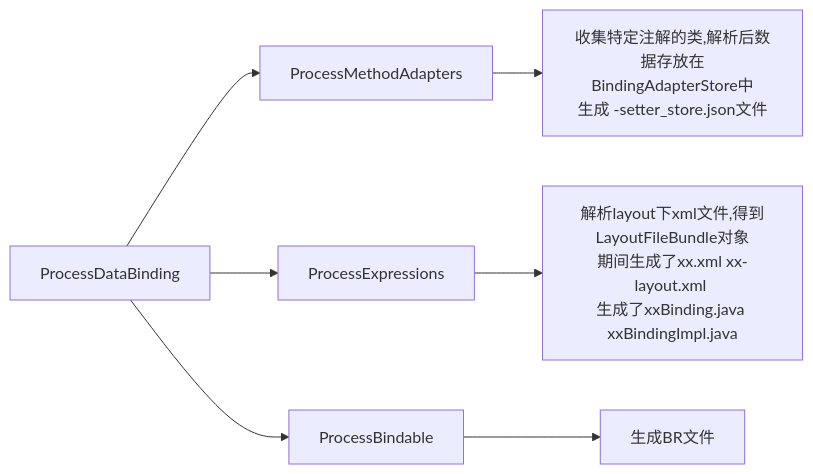
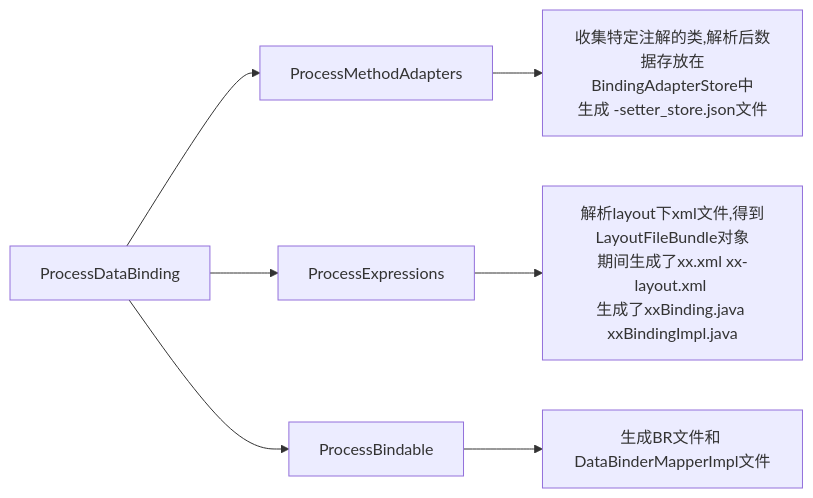
One commit to leo-wxy/leo-wxy.github.io changed the first of 2 diagrams in source/_posts/Android-DataBinding-GradlePlugin分析.md. Above: the diagram before and after it, drawn with Mermaid. The commit also changed other lines of this file, not shown here.

````diff
--- a/source/_posts/Android-DataBinding-GradlePlugin分析.md
+++ b/source/_posts/Android-DataBinding-GradlePlugin分析.md
@@ -377,9 +458,9 @@
 ```mermaid
 flowchart LR
 A[ProcessDataBinding] --> B[ProcessMethodAdapters]
 A[ProcessDataBinding] --> C[ProcessExpressions]
 A[ProcessDataBinding] --> D[ProcessBindable]
 B --> E[收集特定注解的类,解析后数据存放在BindingAdapterStore中\n生成 -setter_store.json文件]
 C --> F[解析layout下xml文件,得到LayoutFileBundle对象\n期间生成了xx.xml xx-layout.xml \n生成了xxBinding.java xxBindingImpl.java]
-D --> G[生成BR文件]
+D --> G[生成BR文件和 DataBinderMapperImpl文件]
 ```
````
